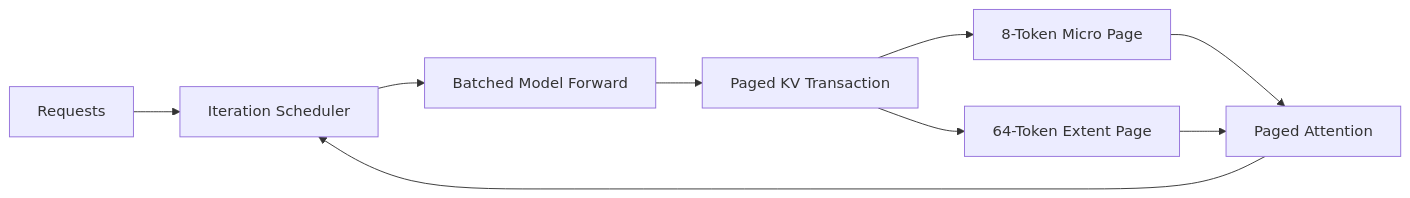
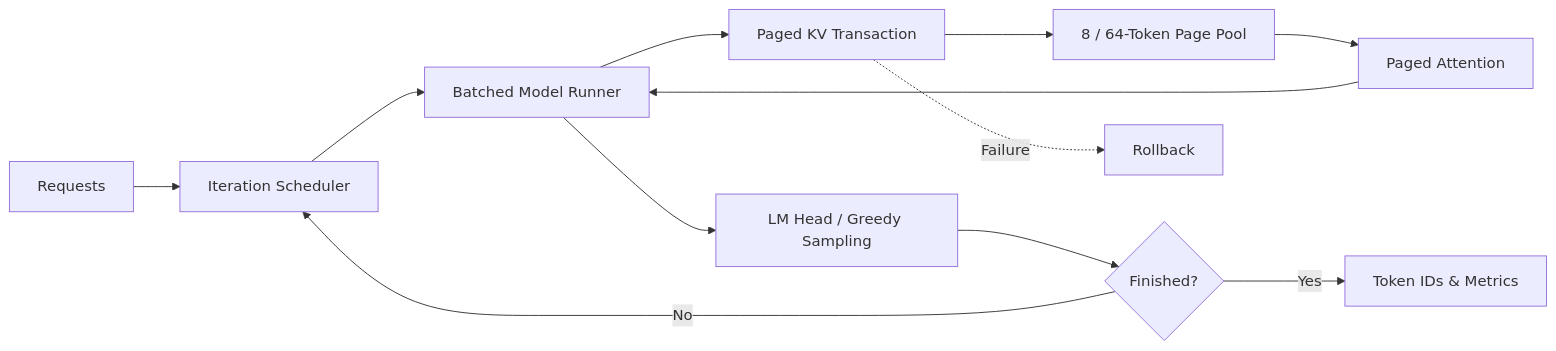
Before and after one commit to kimxinw/kim-kvcache: the diagram in README.md, drawn with Mermaid. The commit also changed other lines of this file, not shown here.

````diff
--- a/README.md
+++ b/README.md
@@ -6,11 +6,14 @@
 ```mermaid
-graph LR
+flowchart LR
     A[Requests] --> B[Iteration Scheduler]
-    B --> C[Batched Model Forward]
+    B --> C[Batched Model Runner]
     C --> D[Paged KV Transaction]
-    D --> E[8-Token Micro Page]
-    D --> F[64-Token Extent Page]
-    E --> G[Paged Attention]
-    F --> G
-    G --> B
+    D --> E[8 / 64-Token Page Pool]
+    E --> F[Paged Attention]
+    F --> C
+    C --> G[LM Head / Greedy Sampling]
+    G --> H{Finished?}
+    H -->|No| B
+    H -->|Yes| I[Token IDs & Metrics]
+    D -. Failure .-> J[Rollback]
 ```
````
